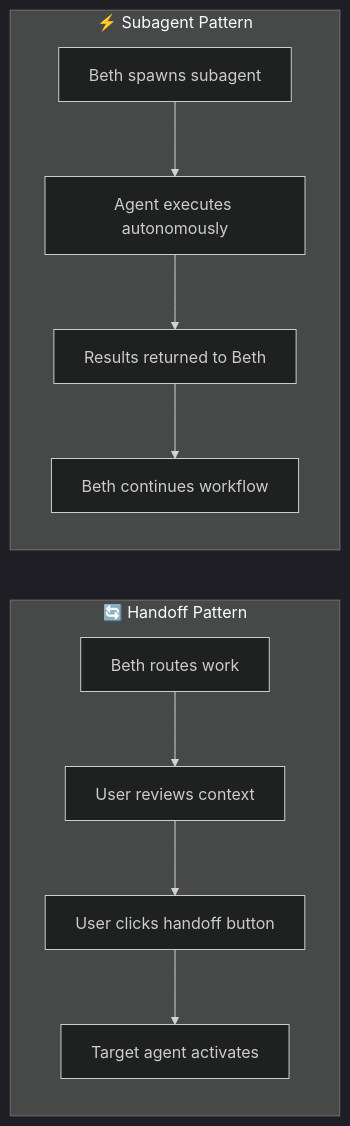
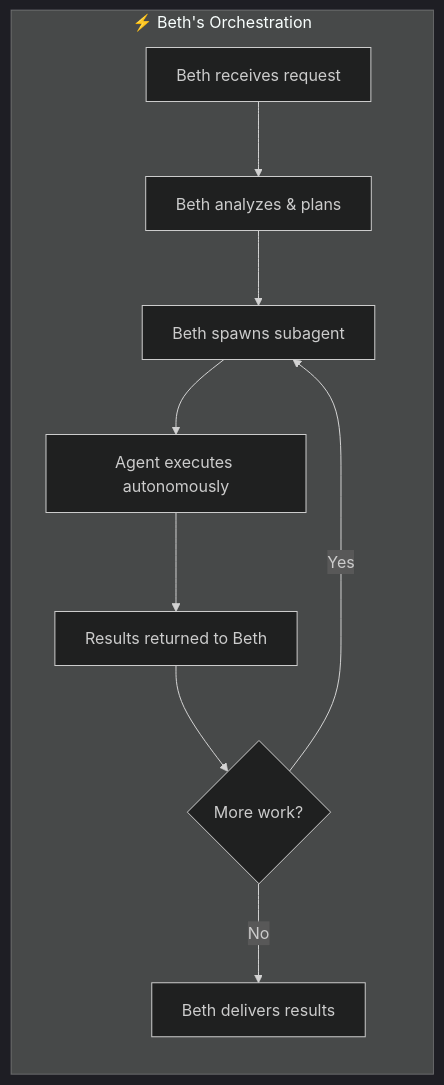
The second of 10 diagrams in docs/SYSTEM-FLOW.md (shyamsridhar123/ATV-AgentSkillsDemo), drawn with Mermaid (dark theme) before and after one commit. The commit also changed other lines of this file, not shown here.

````diff
--- a/docs/SYSTEM-FLOW.md
+++ b/docs/SYSTEM-FLOW.md
@@ -82,20 +82,17 @@
 ```mermaid
-flowchart LR
-    subgraph Handoff["🔄 Handoff Pattern"]
+flowchart TB
+    subgraph Orchestration["⚡ Beth's Orchestration"]
         direction TB
-        H1[Beth routes work]
-        H2[User reviews context]
-        H3[User clicks handoff button]
-        H4[Target agent activates]
-        H1 --> H2 --> H3 --> H4
-    end
-
-    subgraph Subagent["⚡ Subagent Pattern"]
-        direction TB
-        S1[Beth spawns subagent]
-        S2[Agent executes autonomously]
-        S3[Results returned to Beth]
-        S4[Beth continues workflow]
-        S1 --> S2 --> S3 --> S4
+        B1[Beth receives request]
+        B2[Beth analyzes & plans]
+        B3[Beth spawns subagent]
+        B4[Agent executes autonomously]
+        B5[Results returned to Beth]
+        B6{More work?}
+        B7[Beth delivers results]
+        
+        B1 --> B2 --> B3 --> B4 --> B5 --> B6
+        B6 -->|Yes| B3
+        B6 -->|No| B7
     end
 ```
````
